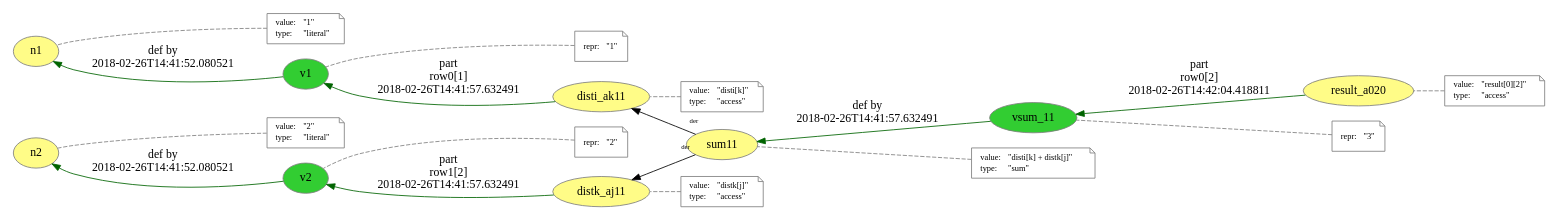
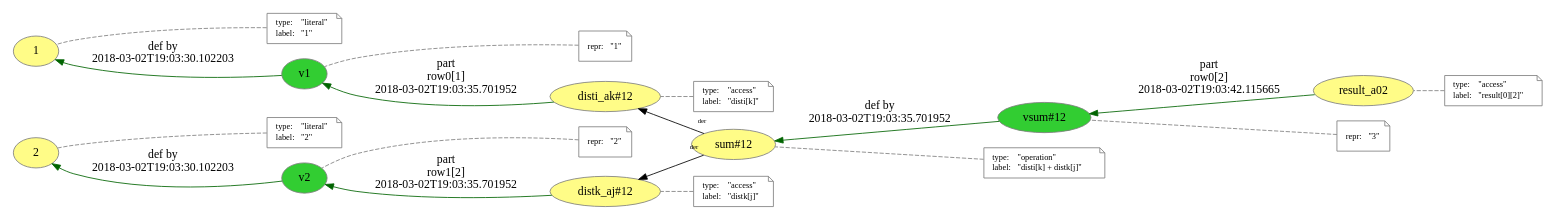
Before and after one commit to dew-uff/versioned-prov: the diagram in mutable_prov/query.dot, drawn with Graphviz. The commit also changed 1730 other files, not shown here.

```diff
--- a/mutable_prov/query.dot
+++ b/mutable_prov/query.dot
@@ -1,115 +1,115 @@
 digraph "PROV" { size="16,12"; rankdir="RL";
-"http://example.org/sum11" -> "http://example.org/disti_ak11" [labelfontsize="8",labeldistance="1.5",labelangle="60.0",rotation="20",taillabel="der"]
-"http://example.org/n1" [fillcolor="#FFFC87",color="#808080",style="filled",label="n1",URL="http://example.org/n1"]
+"http://example.org/sum#12" -> "http://example.org/disti_ak#12" [labelfontsize="8",labeldistance="1.5",labelangle="60.0",rotation="20",taillabel="der"]
+"http://example.org/result_a02" [fillcolor="#FFFC87",color="#808080",style="filled",label="result_a02",URL="http://example.org/result_a02"]
 "-attrs0" [color="gray",shape="note",fontsize="10",fontcolor="black",label=<<TABLE cellpadding="0" border="0">
 	<TR>
-	    <TD align="left">value:</TD>
-	    <TD align="left">&quot;1&quot;</TD>
+	    <TD align="left">type:</TD>
+	    <TD align="left">&quot;access&quot;</TD>
 	</TR>
+	<TR>
+	    <TD align="left">label:</TD>
+	    <TD align="left">&quot;result[0][2]&quot;</TD>
+	</TR>
+</TABLE>>]
+"-attrs0" -> "http://example.org/result_a02" [color="gray",style="dashed",arrowhead="none"]
+"http://example.org/disti_ak#12" [fillcolor="#FFFC87",color="#808080",style="filled",label="disti_ak#12",URL="http://example.org/disti_ak#12"]
+"-attrs1" [color="gray",shape="note",fontsize="10",fontcolor="black",label=<<TABLE cellpadding="0" border="0">
+	<TR>
+	    <TD align="left">type:</TD>
+	    <TD align="left">&quot;access&quot;</TD>
+	</TR>
+	<TR>
+	    <TD align="left">label:</TD>
+	    <TD align="left">&quot;disti[k]&quot;</TD>
+	</TR>
+</TABLE>>]
+"-attrs1" -> "http://example.org/disti_ak#12" [color="gray",style="dashed",arrowhead="none"]
+"http://example.org/v2" -> "http://example.org/2" [labelfontsize="8",labeldistance="1.5",color="darkgreen",labelangle="60.0",rotation="20",label="def by
+2018-03-02T19:03:30.102203"]
+"http://example.org/disti_ak#12" -> "http://example.org/v1" [labelfontsize="8",labeldistance="1.5",color="darkgreen",labelangle="60.0",rotation="20",label="part
+row0[1]
+2018-03-02T19:03:35.701952"]
+"http://example.org/v1" -> "http://example.org/1" [labelfontsize="8",labeldistance="1.5",color="darkgreen",labelangle="60.0",rotation="20",label="def by
+2018-03-02T19:03:30.102203"]
+"http://example.org/2" [fillcolor="#FFFC87",color="#808080",style="filled",label="2",URL="http://example.org/2"]
+"-attrs2" [color="gray",shape="note",fontsize="10",fontcolor="black",label=<<TABLE cellpadding="0" border="0">
 	<TR>
 	    <TD align="left">type:</TD>
 	    <TD align="left">&quot;literal&quot;</TD>
 	</TR>
+	<TR>
+	    <TD align="left">label:</TD>
+	    <TD align="left">&quot;2&quot;</TD>
+	</TR>
 </TABLE>>]
-"-attrs0" -> "http://example.org/n1" [color="gray",style="dashed",arrowhead="none"]
-"http://example.org/result_a020" -> "http://example.org/vsum_11" [labelfontsize="8",labeldistance="1.5",color="darkgreen",labelangle="60.0",rotation="20",label="part
-row0[2]
-2018-02-26T14:42:04.418811"]
+"-attrs2" -> "http://example.org/2" [color="gray",style="dashed",arrowhead="none"]
 "http://example.org/v2" [fillcolor="#32CD32",color="#808080",style="filled",label="v2",URL="http://example.org/v2"]
-"-attrs1" [color="gray",shape="note",fontsize="10",fontcolor="black",label=<<TABLE cellpadding="0" border="0">
+"-attrs3" [color="gray",shape="note",fontsize="10",fontcolor="black",label=<<TABLE cellpadding="0" border="0">
 	<TR>
 	    <TD align="left">repr:</TD>
 	    <TD align="left">&quot;2&quot;</TD>
 	</TR>
 </TABLE>>]
-"-attrs1" -> "http://example.org/v2" [color="gray",style="dashed",arrowhead="none"]
-"http://example.org/v1" -> "http://example.org/n1" [labelfontsize="8",labeldistance="1.5",color="darkgreen",labelangle="60.0",rotation="20",label="def by
-2018-02-26T14:41:52.080521"]
-"http://example.org/n2" [fillcolor="#FFFC87",color="#808080",style="filled",label="n2",URL="http://example.org/n2"]
-"-attrs2" [color="gray",shape="note",fontsize="10",fontcolor="black",label=<<TABLE cellpadding="0" border="0">
+"-attrs3" -> "http://example.org/v2" [color="gray",style="dashed",arrowhead="none"]
+"http://example.org/result_a02" -> "http://example.org/vsum#12" [labelfontsize="8",labeldistance="1.5",color="darkgreen",labelangle="60.0",rotation="20",label="part
+row0[2]
+2018-03-02T19:03:42.115665"]
+"http://example.org/sum#12" [fillcolor="#FFFC87",color="#808080",style="filled",label="sum#12",URL="http://example.org/sum#12"]
+"-attrs4" [color="gray",shape="note",fontsize="10",fontcolor="black",label=<<TABLE cellpadding="0" border="0">
 	<TR>
-	    <TD align="left">value:</TD>
-	    <TD align="left">&quot;2&quot;</TD>
+	    <TD align="left">type:</TD>
+	    <TD align="left">&quot;operation&quot;</TD>
 	</TR>
+	<TR>
+	    <TD align="left">label:</TD>
+	    <TD align="left">&quot;disti[k] + distk[j]&quot;</TD>
+	</TR>
+</TABLE>>]
+"-attrs4" -> "http://example.org/sum#12" [color="gray",style="dashed",arrowhead="none"]
+"http://example.org/vsum#12" -> "http://example.org/sum#12" [labelfontsize="8",labeldistance="1.5",color="darkgreen",labelangle="60.0",rotation="20",label="def by
+2018-03-02T19:03:35.701952"]
+"http://example.org/sum#12" -> "http://example.org/distk_aj#12" [labelfontsize="8",labeldistance="1.5",labelangle="60.0",rotation="20",taillabel="der"]
+"http://example.org/distk_aj#12" [fillcolor="#FFFC87",color="#808080",style="filled",label="distk_aj#12",URL="http://example.org/distk_aj#12"]
+"-attrs5" [color="gray",shape="note",fontsize="10",fontcolor="black",label=<<TABLE cellpadding="0" border="0">
+	<TR>
+	    <TD align="left">type:</TD>
+	    <TD align="left">&quot;access&quot;</TD>
+	</TR>
+	<TR>
+	    <TD align="left">label:</TD>
+	    <TD align="left">&quot;distk[j]&quot;</TD>
+	</TR>
+</TABLE>>]
+"-attrs5" -> "http://example.org/distk_aj#12" [color="gray",style="dashed",arrowhead="none"]
+"http://example.org/distk_aj#12" -> "http://example.org/v2" [labelfontsize="8",labeldistance="1.5",color="darkgreen",labelangle="60.0",rotation="20",label="part
+row1[2]
+2018-03-02T19:03:35.701952"]
+"http://example.org/1" [fillcolor="#FFFC87",color="#808080",style="filled",label="1",URL="http://example.org/1"]
+"-attrs6" [color="gray",shape="note",fontsize="10",fontcolor="black",label=<<TABLE cellpadding="0" border="0">
 	<TR>
 	    <TD align="left">type:</TD>
 	    <TD align="left">&quot;literal&quot;</TD>
 	</TR>
-</TABLE>>]
-"-attrs2" -> "http://example.org/n2" [color="gray",style="dashed",arrowhead="none"]
-"http://example.org/disti_ak11" [fillcolor="#FFFC87",color="#808080",style="filled",label="disti_ak11",URL="http://example.org/disti_ak11"]
-"-attrs3" [color="gray",shape="note",fontsize="10",fontcolor="black",label=<<TABLE cellpadding="0" border="0">
 	<TR>
-	    <TD align="left">value:</TD>
-	    <TD align="left">&quot;disti[k]&quot;</TD>
-	</TR>
-	<TR>
-	    <TD align="left">type:</TD>
-	    <TD align="left">&quot;access&quot;</TD>
+	    <TD align="left">label:</TD>
+	    <TD align="left">&quot;1&quot;</TD>
 	</TR>
 </TABLE>>]
-"-attrs3" -> "http://example.org/disti_ak11" [color="gray",style="dashed",arrowhead="none"]
+"-attrs6" -> "http://example.org/1" [color="gray",style="dashed",arrowhead="none"]
 "http://example.org/v1" [fillcolor="#32CD32",color="#808080",style="filled",label="v1",URL="http://example.org/v1"]
-"-attrs4" [color="gray",shape="note",fontsize="10",fontcolor="black",label=<<TABLE cellpadding="0" border="0">
+"-attrs7" [color="gray",shape="note",fontsize="10",fontcolor="black",label=<<TABLE cellpadding="0" border="0">
 	<TR>
 	    <TD align="left">repr:</TD>
 	    <TD align="left">&quot;1&quot;</TD>
 	</TR>
 </TABLE>>]
-"-attrs4" -> "http://example.org/v1" [color="gray",style="dashed",arrowhead="none"]
-"http://example.org/vsum_11" [fillcolor="#32CD32",color="#808080",style="filled",label="vsum_11",URL="http://example.org/vsum_11"]
-"-attrs5" [color="gray",shape="note",fontsize="10",fontcolor="black",label=<<TABLE cellpadding="0" border="0">
+"-attrs7" -> "http://example.org/v1" [color="gray",style="dashed",arrowhead="none"]
+"http://example.org/vsum#12" [fillcolor="#32CD32",color="#808080",style="filled",label="vsum#12",URL="http://example.org/vsum#12"]
+"-attrs8" [color="gray",shape="note",fontsize="10",fontcolor="black",label=<<TABLE cellpadding="0" border="0">
 	<TR>
 	    <TD align="left">repr:</TD>
 	    <TD align="left">&quot;3&quot;</TD>
 	</TR>
 </TABLE>>]
-"-attrs5" -> "http://example.org/vsum_11" [color="gray",style="dashed",arrowhead="none"]
-"http://example.org/v2" -> "http://example.org/n2" [labelfontsize="8",labeldistance="1.5",color="darkgreen",labelangle="60.0",rotation="20",label="def by
-2018-02-26T14:41:52.080521"]
-"http://example.org/distk_aj11" [fillcolor="#FFFC87",color="#808080",style="filled",label="distk_aj11",URL="http://example.org/distk_aj11"]
-"-attrs6" [color="gray",shape="note",fontsize="10",fontcolor="black",label=<<TABLE cellpadding="0" border="0">
-	<TR>
-	    <TD align="left">value:</TD>
-	    <TD align="left">&quot;distk[j]&quot;</TD>
-	</TR>
-	<TR>
-	    <TD align="left">type:</TD>
-	    <TD align="left">&quot;access&quot;</TD>
-	</TR>
-</TABLE>>]
-"-attrs6" -> "http://example.org/distk_aj11" [color="gray",style="dashed",arrowhead="none"]
-"http://example.org/disti_ak11" -> "http://example.org/v1" [labelfontsize="8",labeldistance="1.5",color="darkgreen",labelangle="60.0",rotation="20",label="part
-row0[1]
-2018-02-26T14:41:57.632491"]
-"http://example.org/sum11" [fillcolor="#FFFC87",color="#808080",style="filled",label="sum11",URL="http://example.org/sum11"]
-"-attrs7" [color="gray",shape="note",fontsize="10",fontcolor="black",label=<<TABLE cellpadding="0" border="0">
-	<TR>
-	    <TD align="left">value:</TD>
-	    <TD align="left">&quot;disti[k] + distk[j]&quot;</TD>
-	</TR>
-	<TR>
-	    <TD align="left">type:</TD>
-	    <TD align="left">&quot;sum&quot;</TD>
-	</TR>
-</TABLE>>]
-"-attrs7" -> "http://example.org/sum11" [color="gray",style="dashed",arrowhead="none"]
-"http://example.org/sum11" -> "http://example.org/distk_aj11" [labelfontsize="8",labeldistance="1.5",labelangle="60.0",rotation="20",taillabel="der"]
-"http://example.org/distk_aj11" -> "http://example.org/v2" [labelfontsize="8",labeldistance="1.5",color="darkgreen",labelangle="60.0",rotation="20",label="part
-row1[2]
-2018-02-26T14:41:57.632491"]
-"http://example.org/vsum_11" -> "http://example.org/sum11" [labelfontsize="8",labeldistance="1.5",color="darkgreen",labelangle="60.0",rotation="20",label="def by
-2018-02-26T14:41:57.632491"]
-"http://example.org/result_a020" [fillcolor="#FFFC87",color="#808080",style="filled",label="result_a020",URL="http://example.org/result_a020"]
-"-attrs8" [color="gray",shape="note",fontsize="10",fontcolor="black",label=<<TABLE cellpadding="0" border="0">
-	<TR>
-	    <TD align="left">value:</TD>
-	    <TD align="left">&quot;result[0][2]&quot;</TD>
-	</TR>
-	<TR>
-	    <TD align="left">type:</TD>
-	    <TD align="left">&quot;access&quot;</TD>
-	</TR>
-</TABLE>>]
-"-attrs8" -> "http://example.org/result_a020" [color="gray",style="dashed",arrowhead="none"]
+"-attrs8" -> "http://example.org/vsum#12" [color="gray",style="dashed",arrowhead="none"]
 }
```
